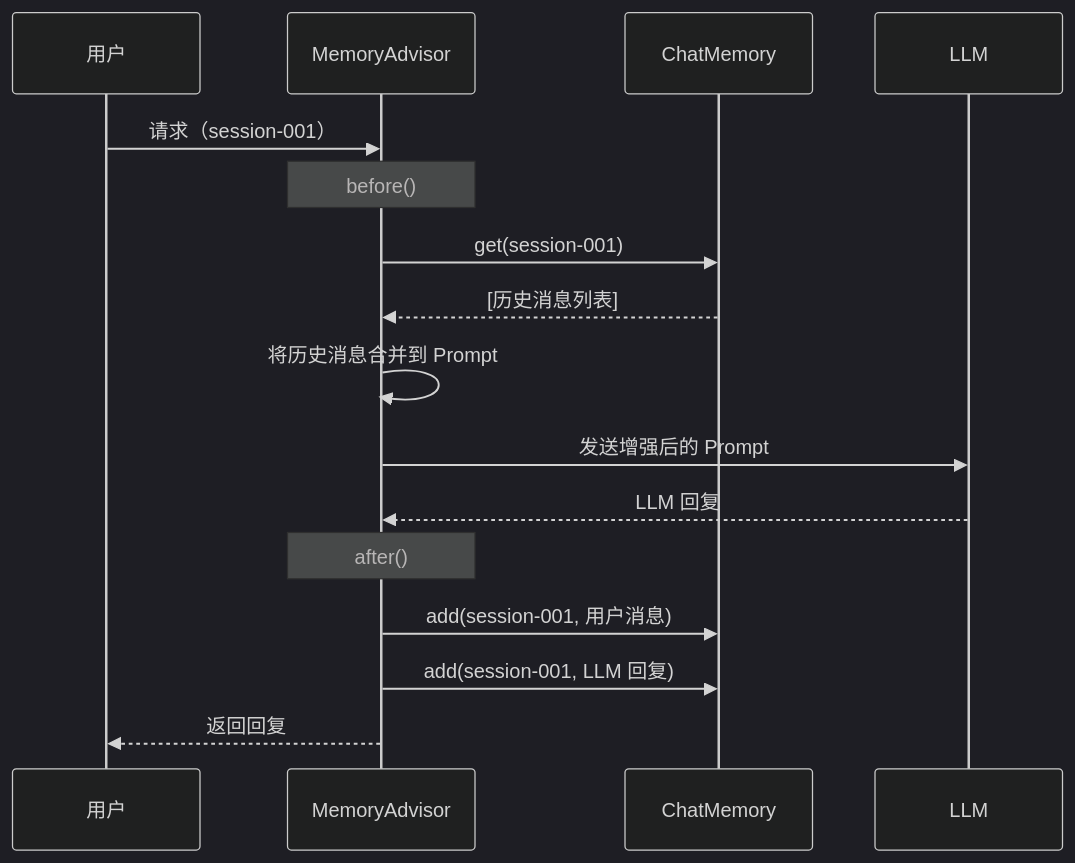
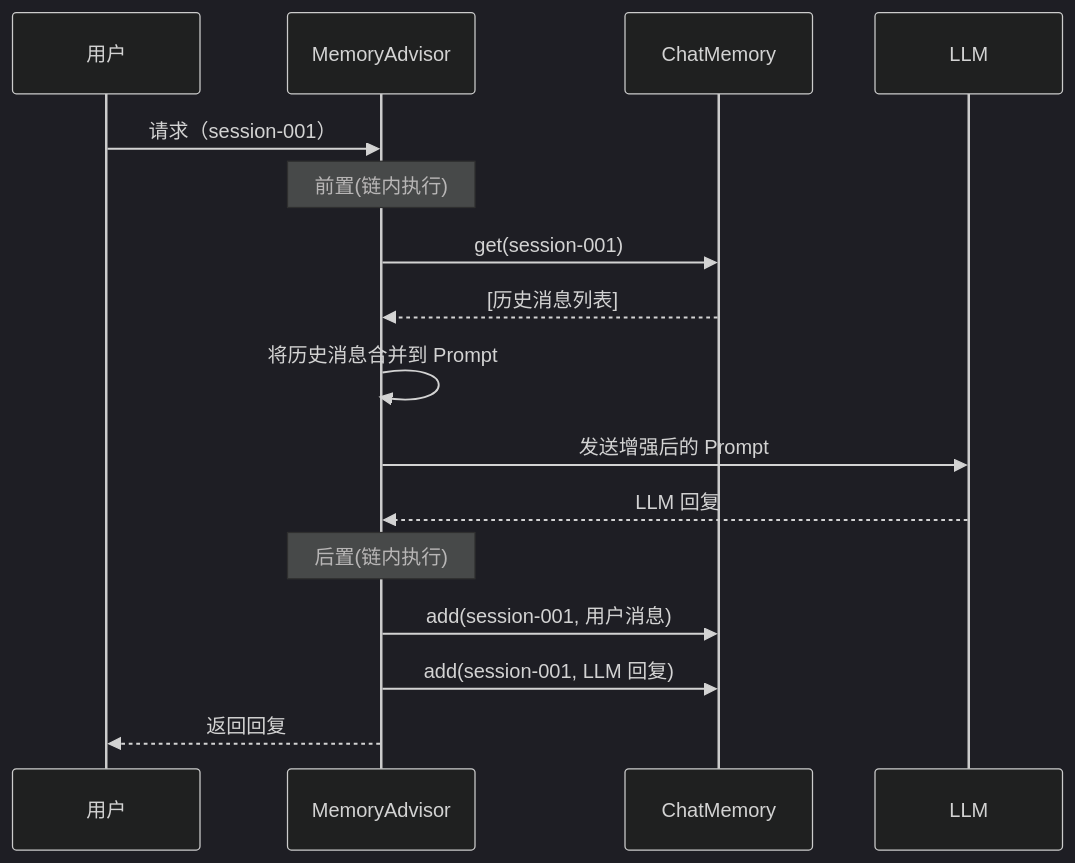
The sixth of 9 diagrams in docs/教程/13-Advisor链与拦截器.md (UranusGit/java-agent-learn), drawn with Mermaid (dark theme) before and after one commit. The commit also changed other lines of this file and 206 other files, not shown here.

````diff
--- a/docs/教程/13-Advisor链与拦截器.md
+++ b/docs/教程/13-Advisor链与拦截器.md
@@ -301,19 +309,19 @@
 ```mermaid
 sequenceDiagram
     participant U as 用户
     participant MMA as MemoryAdvisor
     participant CM as ChatMemory
     participant L as LLM
 
     U->>MMA: 请求（session-001）
-    Note over MMA: before()
+    Note over MMA: 前置(链内执行)
     MMA->>CM: get(session-001)
     CM-->>MMA: [历史消息列表]
     MMA->>MMA: 将历史消息合并到 Prompt
     MMA->>L: 发送增强后的 Prompt
     L-->>MMA: LLM 回复
-    Note over MMA: after()
+    Note over MMA: 后置(链内执行)
     MMA->>CM: add(session-001, 用户消息)
     MMA->>CM: add(session-001, LLM 回复)
     MMA-->>U: 返回回复
 ```
````
